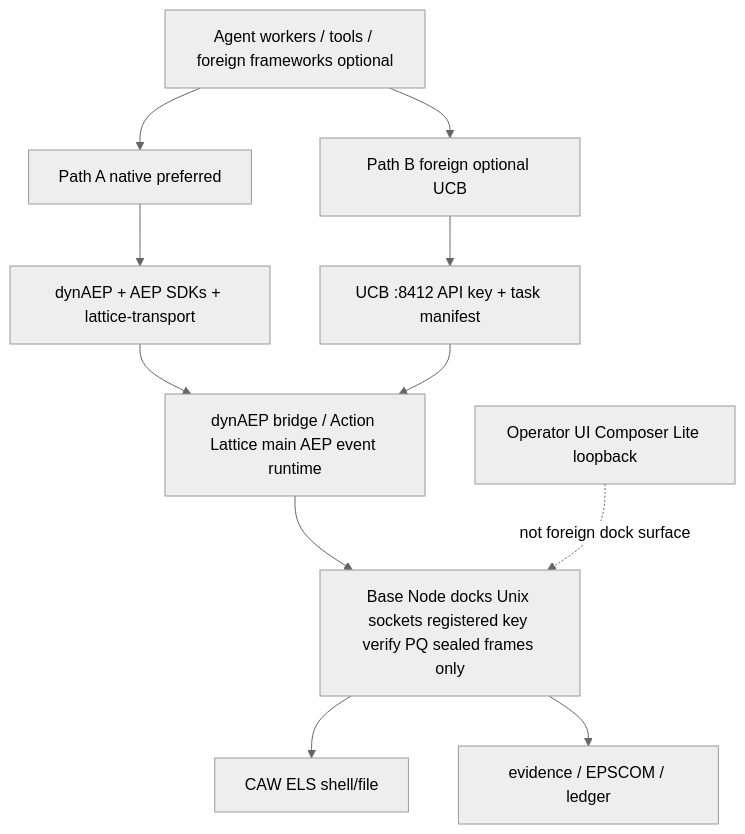
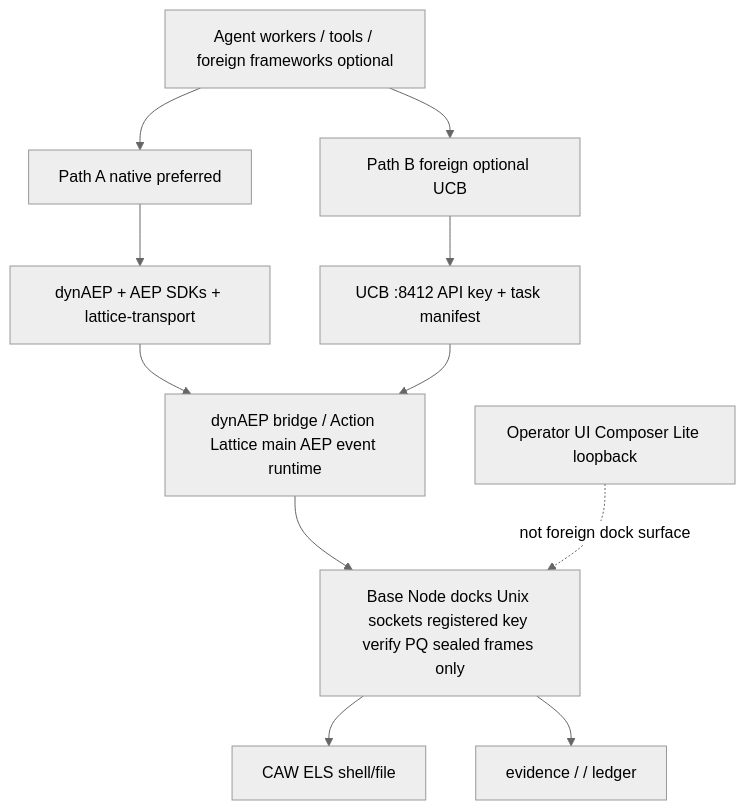
One commit to thePM001/AEP-agent-element-protocol changed the diagram in AEP-User-Experience/docs/AEP-2.8-SECURE-DEPLOYMENT-GUIDE.md. Above: the diagram before and after it, drawn with Mermaid (neutral theme). The commit also changed other lines of this file, not shown here.

````diff
--- a/AEP-User-Experience/docs/AEP-2.8-SECURE-DEPLOYMENT-GUIDE.md
+++ b/AEP-User-Experience/docs/AEP-2.8-SECURE-DEPLOYMENT-GUIDE.md
@@ -42,14 +42,14 @@
 ```mermaid
 flowchart TB
   W[Agent workers / tools / foreign frameworks optional]
   W --> PA[Path A native preferred]
   W --> PB[Path B foreign optional UCB]
   PA --> DYN[dynAEP + AEP SDKs + lattice-transport]
   PB --> UCB[UCB :8412 API key + task manifest]
   DYN --> BR[dynAEP bridge / Action Lattice main AEP event runtime]
   UCB --> BR
   BR --> DOCK[Base Node docks Unix sockets registered key verify PQ sealed frames only]
   DOCK --> CAW[CAW ELS shell/file]
-  DOCK --> AUD[evidence / EPSCOM / ledger]
+  DOCK --> AUD[evidence /  / ledger]
   OP[Operator UI Composer Lite loopback] -.->|not foreign dock surface| DOCK
 ```
````
